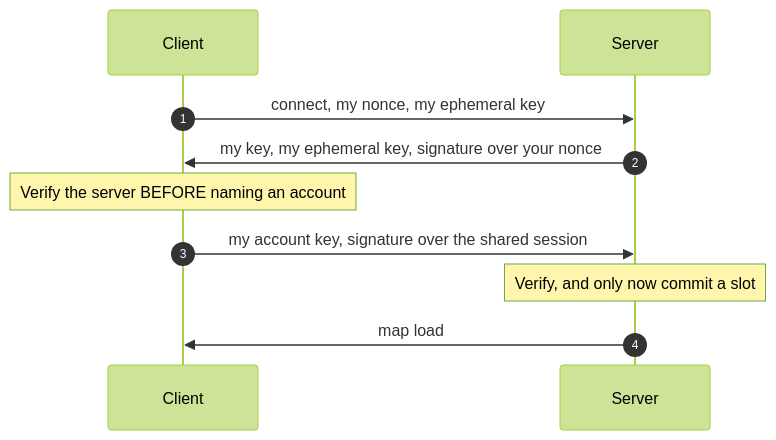
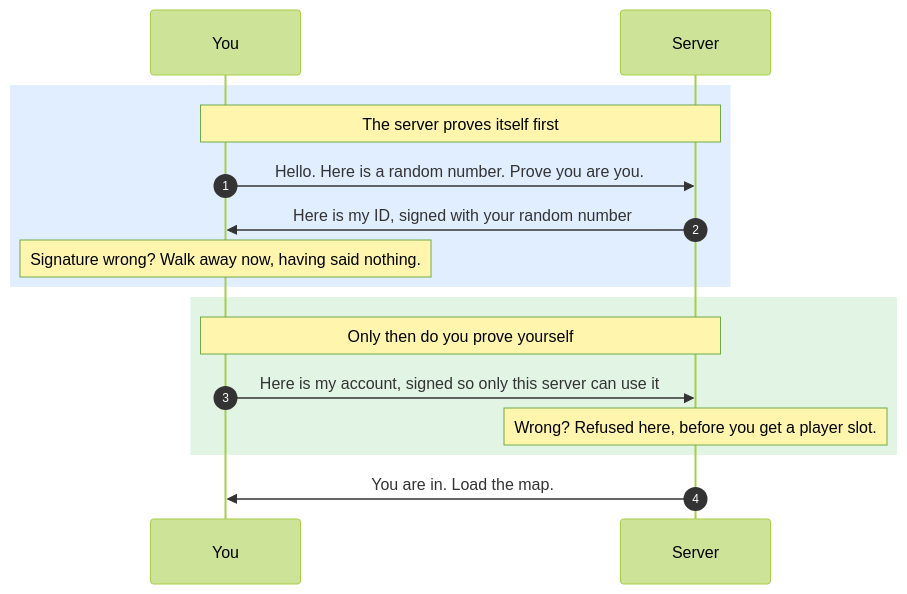
The diagram in README.account-auth.md (rc4l/ForkUnderA), drawn with Mermaid (forest theme) before and after one commit. The commit also changed other lines of this file, not shown here.

Commit message:
Say the join in words, and colour the two halves

````diff
--- a/README.account-auth.md
+++ b/README.account-auth.md
@@ -5,13 +5,21 @@
 ```mermaid
 sequenceDiagram
     autonumber
-    participant C as Client
+    participant C as You
     participant S as Server
 
-    C->>S: connect, my nonce, my ephemeral key
-    S->>C: my key, my ephemeral key, signature over your nonce
-    Note over C: Verify the server BEFORE naming an account
-    C->>S: my account key, signature over the shared session
-    Note over S: Verify, and only now commit a slot
-    S->>C: map load
+    rect rgba(56, 139, 253, 0.15)
+        Note over C,S: The server proves itself first
+        C->>S: Hello. Here is a random number. Prove you are you.
+        S->>C: Here is my ID, signed with your random number
+        Note over C: Signature wrong? Walk away now, having said nothing.
+    end
+
+    rect rgba(63, 185, 80, 0.15)
+        Note over C,S: Only then do you prove yourself
+        C->>S: Here is my account, signed so only this server can use it
+        Note over S: Wrong? Refused here, before you get a player slot.
+    end
+
+    S->>C: You are in. Load the map.
 ```
````
